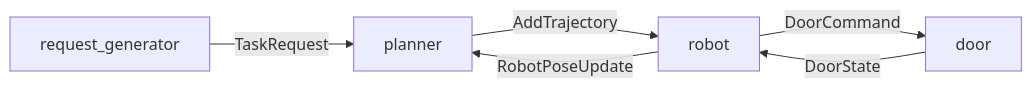
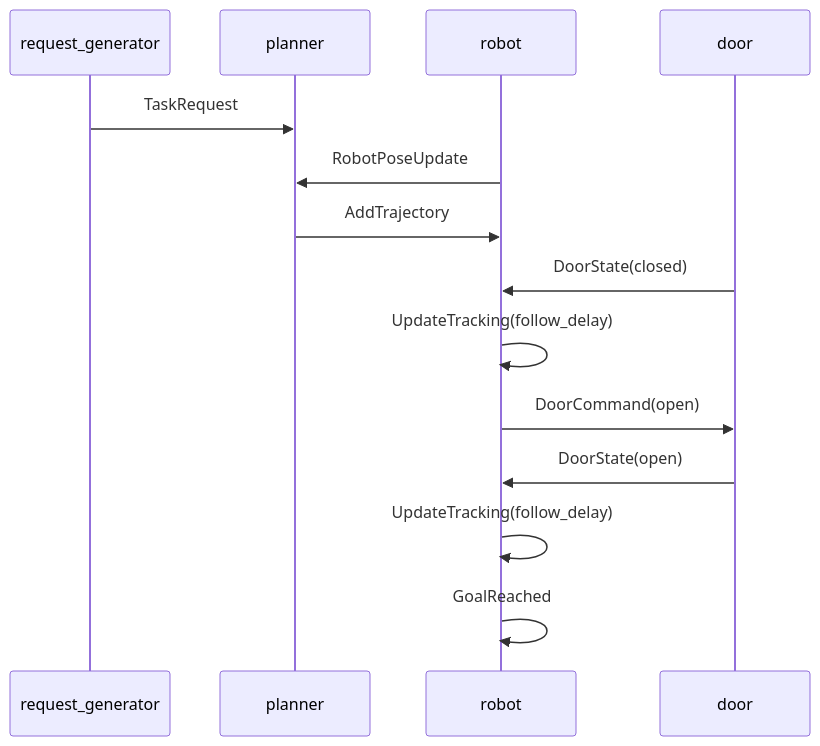
Before and after one commit to reuben-thomas/rmf_site: the diagram in crates/rmf_site_sim/diagrams/rmf_site_editor_example.mmd, drawn with Mermaid. The commit also changed 1 other file, not shown here.

Commit message:
Update example sequence diagrams

```diff
--- a/crates/rmf_site_sim/diagrams/rmf_site_editor_example.mmd
+++ b/crates/rmf_site_sim/diagrams/rmf_site_editor_example.mmd
@@ -1,6 +1,15 @@
-flowchart LR
-    request_generator -->|TaskRequest| planner
-    planner -->|AddTrajectory| robot
-    robot -->|RobotPoseUpdate| planner
-    robot -->|DoorCommand| door
-    door --> |DoorState| robot
+sequenceDiagram
+    participant request_generator
+    participant planner
+    participant robot
+    participant door
+
+    request_generator->>planner: TaskRequest
+    robot->>planner: RobotPoseUpdate
+    planner->>robot: AddTrajectory
+    door->>robot: DoorState(closed)
+    robot->>robot: UpdateTracking(follow_delay)
+    robot->>door: DoorCommand(open)
+    door->>robot: DoorState(open)
+    robot->>robot: UpdateTracking(follow_delay)
+    robot->>robot: GoalReached
```
